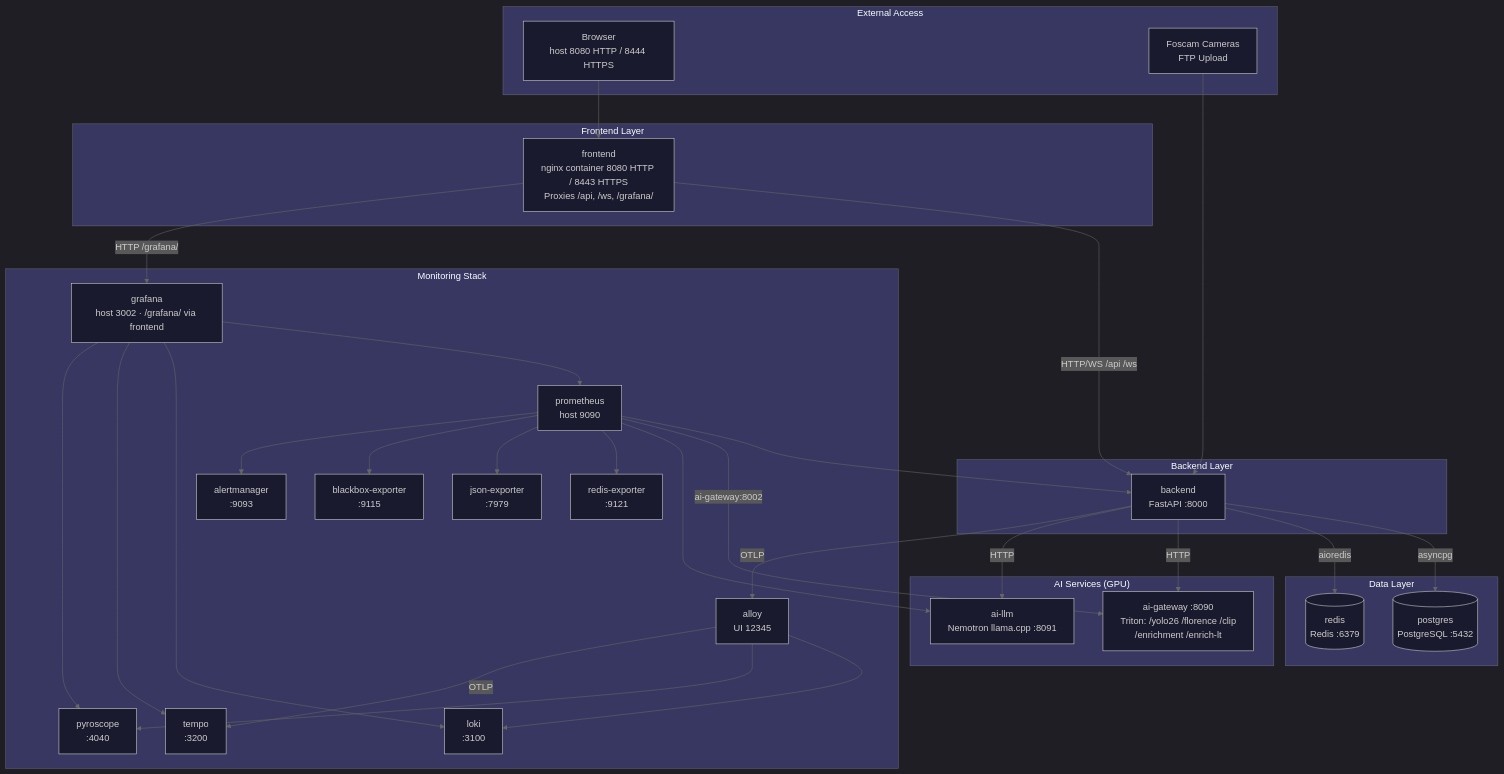
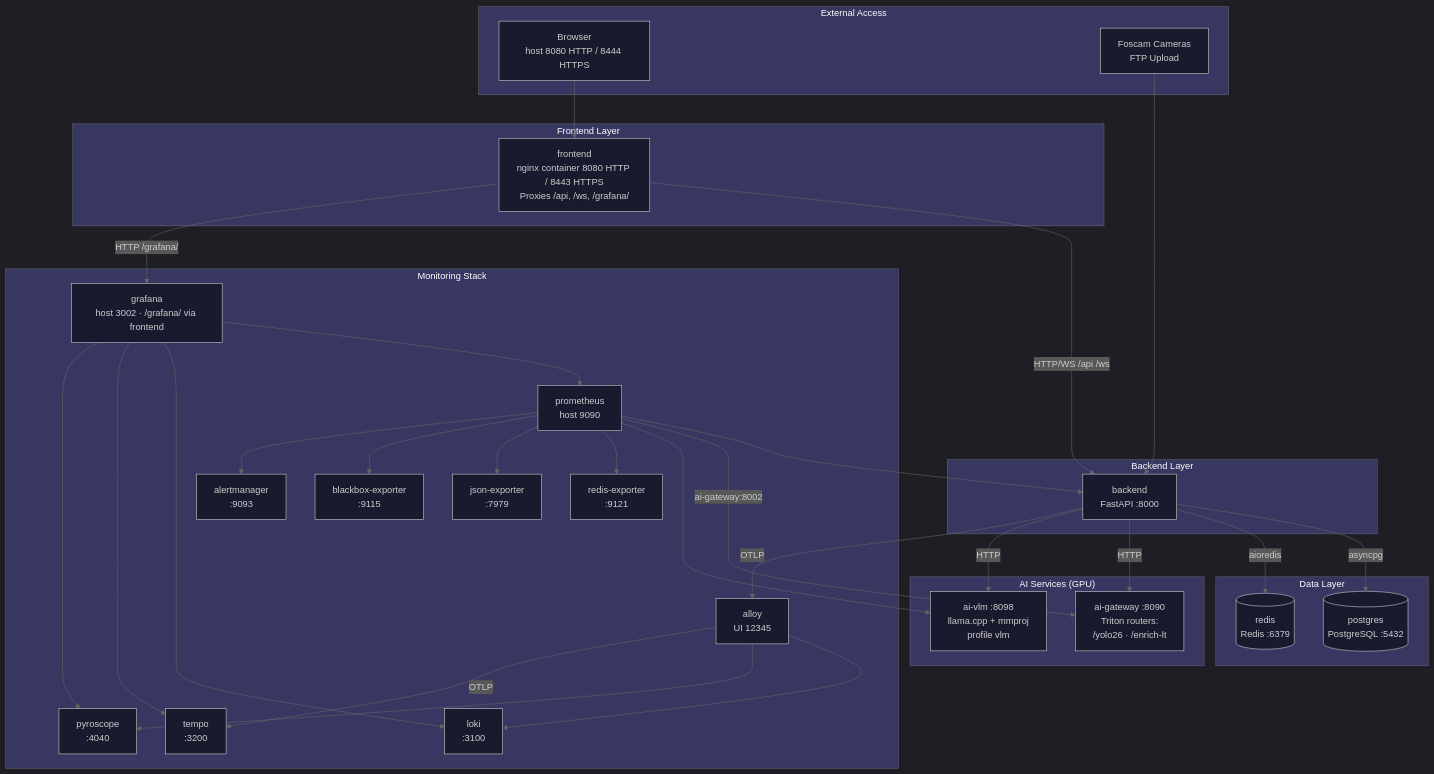
The first of 2 diagrams in docs/operator/README.md (mikesvoboda/nemotron-v3-home-security-intelligence), drawn with Mermaid before and after one commit. The commit also changed other lines of this file and 231 other files, not shown here.

```diff
--- a/docs/operator/README.md
+++ b/docs/operator/README.md
@@ -101,8 +109,8 @@
     end
 
     subgraph AI["AI Services (GPU)"]
-        GW["ai-gateway :8090<br/>Triton: /yolo26 /florence /clip<br/>/enrichment /enrich-lt"]
-        LLM["ai-llm<br/>Nemotron llama.cpp :8091"]
+        GW["ai-gateway :8090<br/>Triton routers:<br/>/yolo26 · /enrich-lt"]
+        VLM["ai-vlm :8098<br/>llama.cpp + mmproj<br/>profile vlm"]
     end
 
     subgraph Data["Data Layer"]
@@ -137,12 +145,12 @@
 
     %% Backend to AI Services
     BE -->|"HTTP"| GW
-    BE -->|"HTTP"| LLM
+    BE -->|"HTTP"| VLM
 
     %% Monitoring connections
     PROM --> BE
     PROM -->|"ai-gateway:8002"| GW
-    PROM --> LLM
+    PROM --> VLM
     PROM --> RE
     PROM --> JE
     PROM --> BB
```
